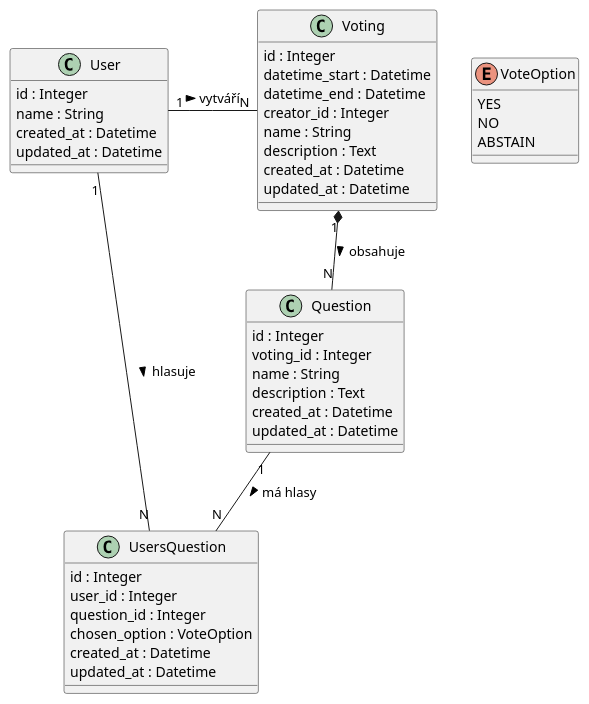
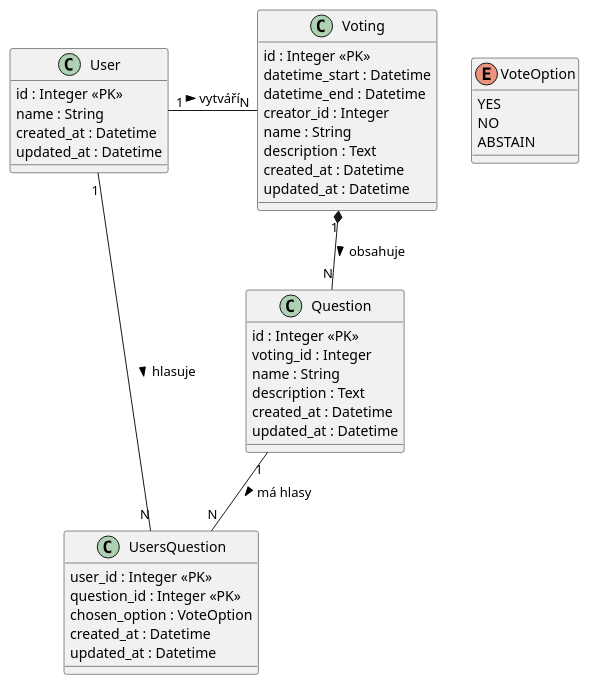
Before and after one commit to jacky32/slovjani: the diagram in docs/diagrams/voting_system.plantuml, drawn with PlantUML. The commit also changed 8 other files, not shown here.

```diff
--- a/docs/diagrams/voting_system.plantuml
+++ b/docs/diagrams/voting_system.plantuml
@@ -1,51 +1,50 @@
 @startuml "Voting System Class Diagram"
 
 class User {
-  id : Integer
+  id : Integer <<PK>>
   name : String
   created_at : Datetime
   updated_at : Datetime
 }
 
 class Voting {
-  id : Integer
+  id : Integer <<PK>>
   datetime_start : Datetime
   datetime_end : Datetime
   creator_id : Integer
   name : String
   description : Text
   created_at : Datetime
   updated_at : Datetime
 }
 
 class Question {
-  id : Integer
+  id : Integer <<PK>>
   voting_id : Integer
   name : String
   description : Text
   created_at : Datetime
   updated_at : Datetime
 }
 
 enum VoteOption {
   YES
   NO
   ABSTAIN
 }
 
 class UsersQuestion {
-  id : Integer
-  user_id : Integer
-  question_id : Integer
+  user_id : Integer <<PK>>
+  question_id : Integer <<PK>>
   chosen_option : VoteOption
   created_at : Datetime
   updated_at : Datetime
 }
 
 ' Vazby
 Voting "1" *-- "N" Question : obsahuje >
 User "1" -- "N" UsersQuestion : hlasuje >
 Question "1" -- "N" UsersQuestion : má hlasy >
 User "1" - "N" Voting : vytváří >
 
 @enduml
```
